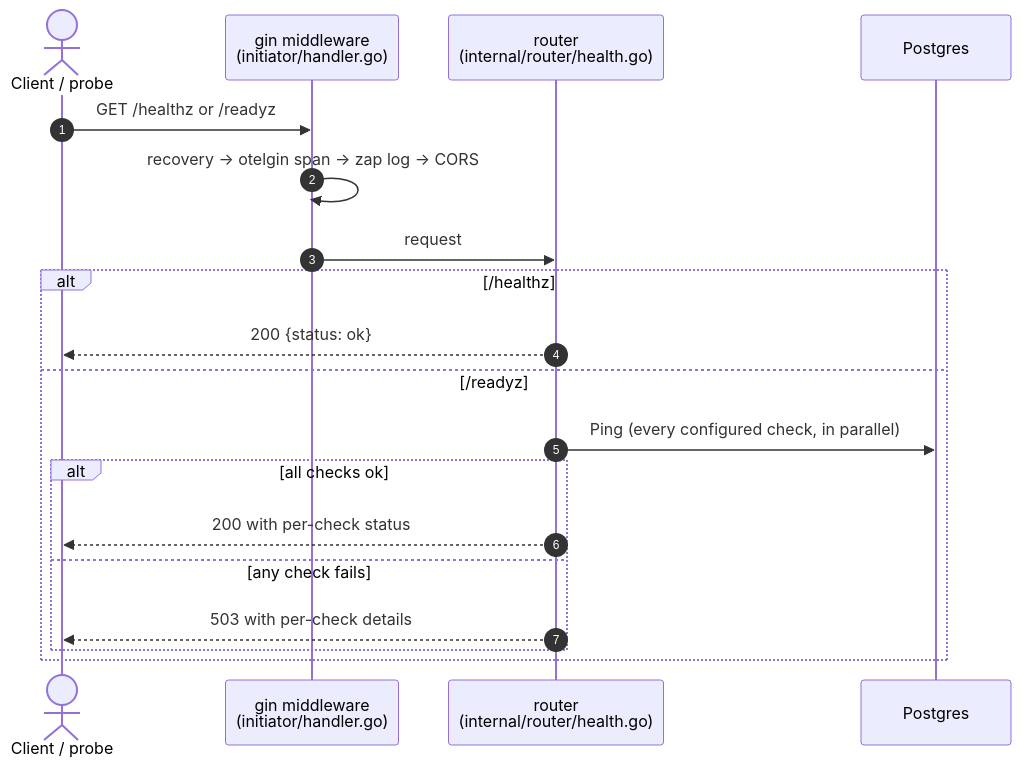
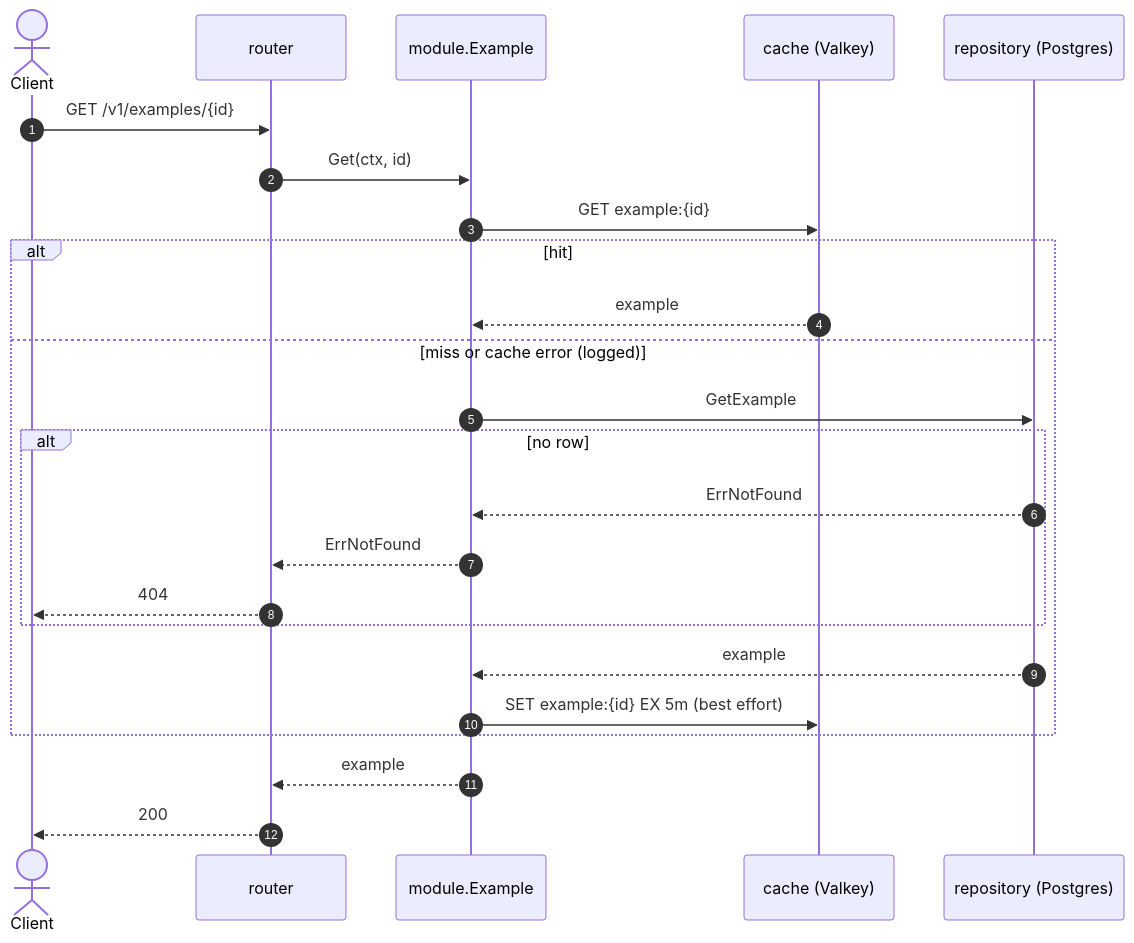
One commit to hunderaweke/dps-example-project changed the second of 8 diagrams in docs/architecture.md. Above: the diagram before and after it, drawn with Mermaid. The commit also changed other lines of this file and 129 other files, not shown here.

````diff
--- a/docs/architecture.md
+++ b/docs/architecture.md
@@ -39,22 +68,27 @@
 ```mermaid
 sequenceDiagram
     autonumber
-    actor C as Client / probe
-    participant MW as gin middleware<br/>(initiator/handler.go)
-    participant H as router<br/>(internal/router/health.go)
-    participant PG as Postgres
+    actor C as Client
+    participant H as router
+    participant M as module.Example
+    participant VK as cache (Valkey)
+    participant DB as repository (Postgres)
 
-    C->>MW: GET /healthz or /readyz
-    MW->>MW: recovery → otelgin span → zap log → CORS
-    MW->>H: request
-    alt /healthz
-        H-->>C: 200 {status: ok}
-    else /readyz
-        H->>PG: Ping (every configured check, in parallel)
-        alt all checks ok
-            H-->>C: 200 with per-check status
-        else any check fails
-            H-->>C: 503 with per-check details
+    C->>H: GET /v1/examples/{id}
+    H->>M: Get(ctx, id)
+    M->>VK: GET example:{id}
+    alt hit
+        VK-->>M: example
+    else miss or cache error (logged)
+        M->>DB: GetExample
+        alt no row
+            DB-->>M: ErrNotFound
+            M-->>H: ErrNotFound
+            H-->>C: 404
         end
+        DB-->>M: example
+        M->>VK: SET example:{id} EX 5m (best effort)
     end
+    M-->>H: example
+    H-->>C: 200
 ```
````
